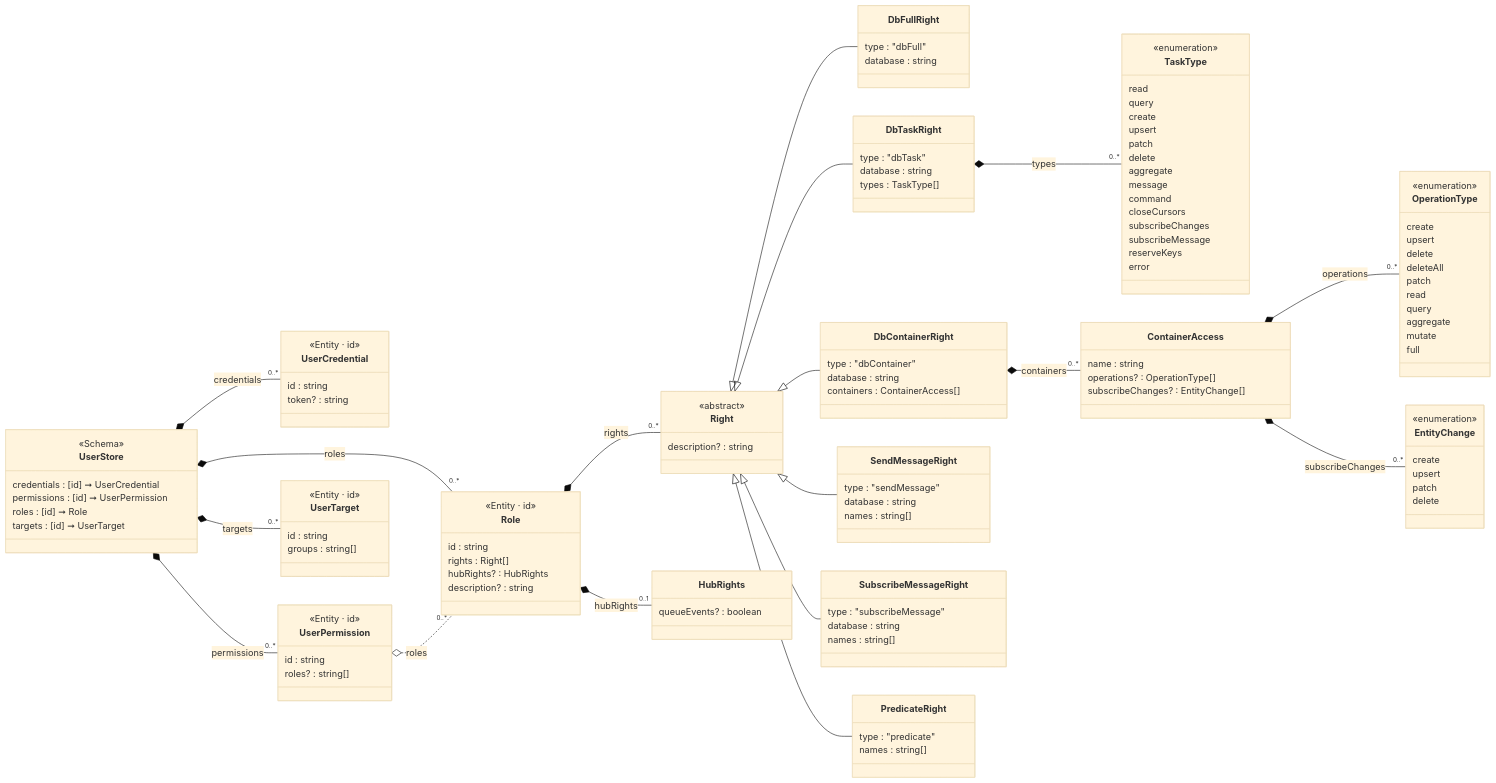
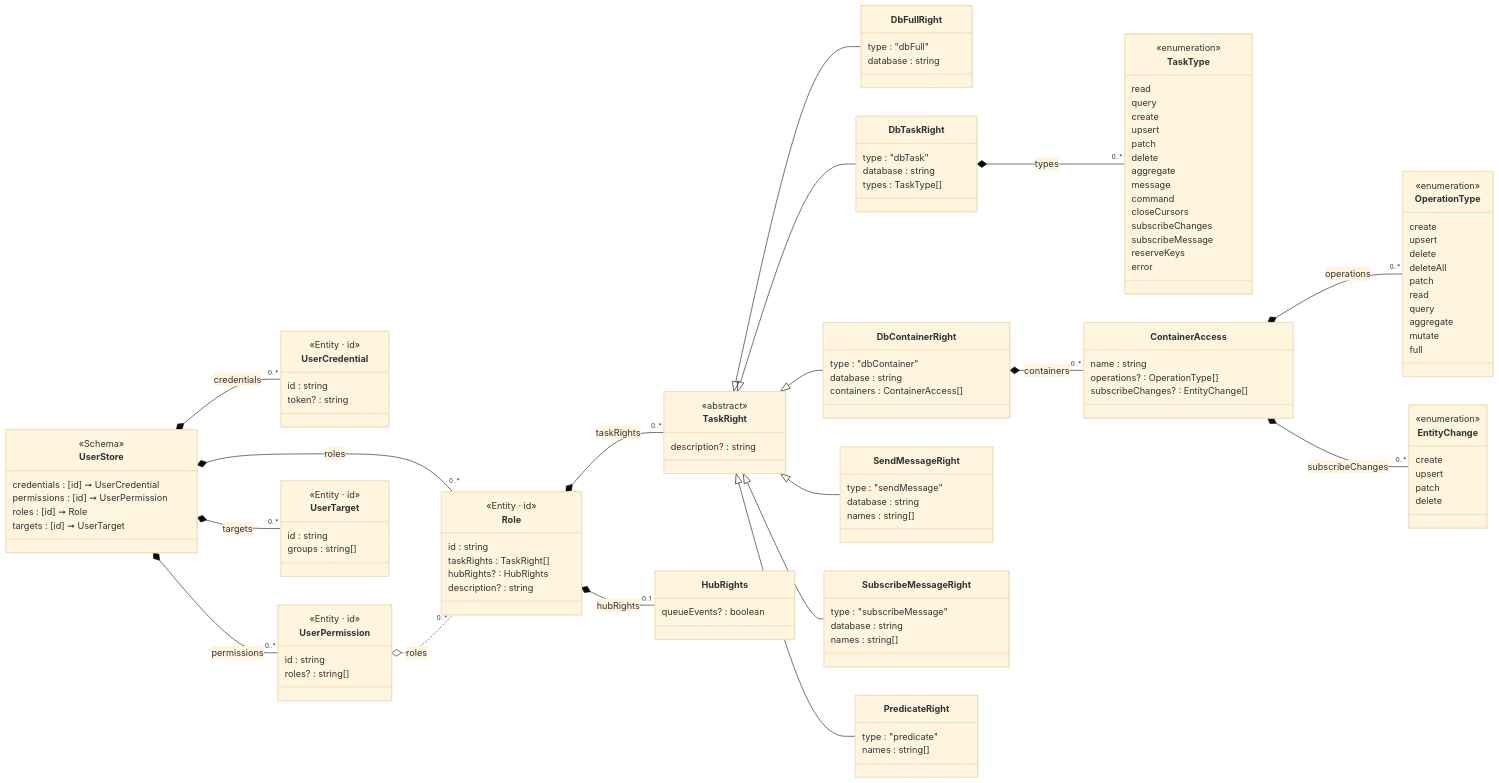
One commit to friflo/Friflo.Json.Fliox changed the diagram in Json.Tests/assets~/Schema/Markdown/UserStore/class-diagram.md. Above: the diagram before and after it, drawn with Mermaid (base theme). The commit also changed 74 other files, not shown here.

```diff
--- a/Json.Tests/assets~/Schema/Markdown/UserStore/class-diagram.md
+++ b/Json.Tests/assets~/Schema/Markdown/UserStore/class-diagram.md
@@ -33,11 +33,11 @@
 class Role:::cssEntity {
     <<Entity · id>>
     id           : string
-    rights       : Right[]
+    taskRights   : TaskRight[]
     hubRights?   : HubRights
     description? : string
 }
-Role *-- "0..*" Right : rights
+Role *-- "0..*" TaskRight : taskRights
 Role *-- "0..1" HubRights : hubRights
 
 class UserTarget:::cssEntity {
@@ -46,18 +46,18 @@
     groups  : string[]
 }
 
-class Right {
+class TaskRight {
     <<abstract>>
     description? : string
 }
 
-Right <|-- DbFullRight
+TaskRight <|-- DbFullRight
 class DbFullRight {
     type         : "dbFull"
     database     : string
 }
 
-Right <|-- DbTaskRight
+TaskRight <|-- DbTaskRight
 class DbTaskRight {
     type         : "dbTask"
     database     : string
@@ -65,7 +65,7 @@
 }
 DbTaskRight *-- "0..*" TaskType : types
 
-Right <|-- DbContainerRight
+TaskRight <|-- DbContainerRight
 class DbContainerRight {
     type         : "dbContainer"
     database     : string
@@ -96,21 +96,21 @@
 }
 
 
-Right <|-- SendMessageRight
+TaskRight <|-- SendMessageRight
 class SendMessageRight {
     type         : "sendMessage"
     database     : string
     names        : string[]
 }
 
-Right <|-- SubscribeMessageRight
+TaskRight <|-- SubscribeMessageRight
 class SubscribeMessageRight {
     type         : "subscribeMessage"
     database     : string
     names        : string[]
 }
 
-Right <|-- PredicateRight
+TaskRight <|-- PredicateRight
 class PredicateRight {
     type         : "predicate"
     names        : string[]
```
